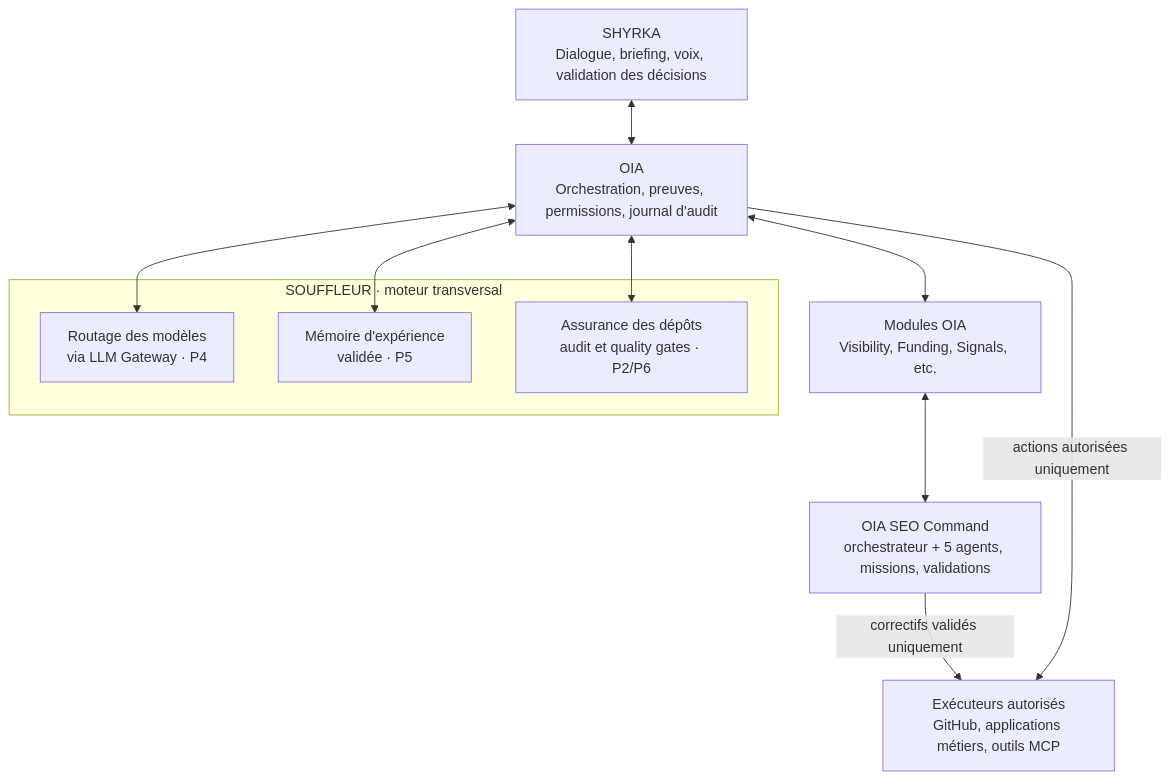
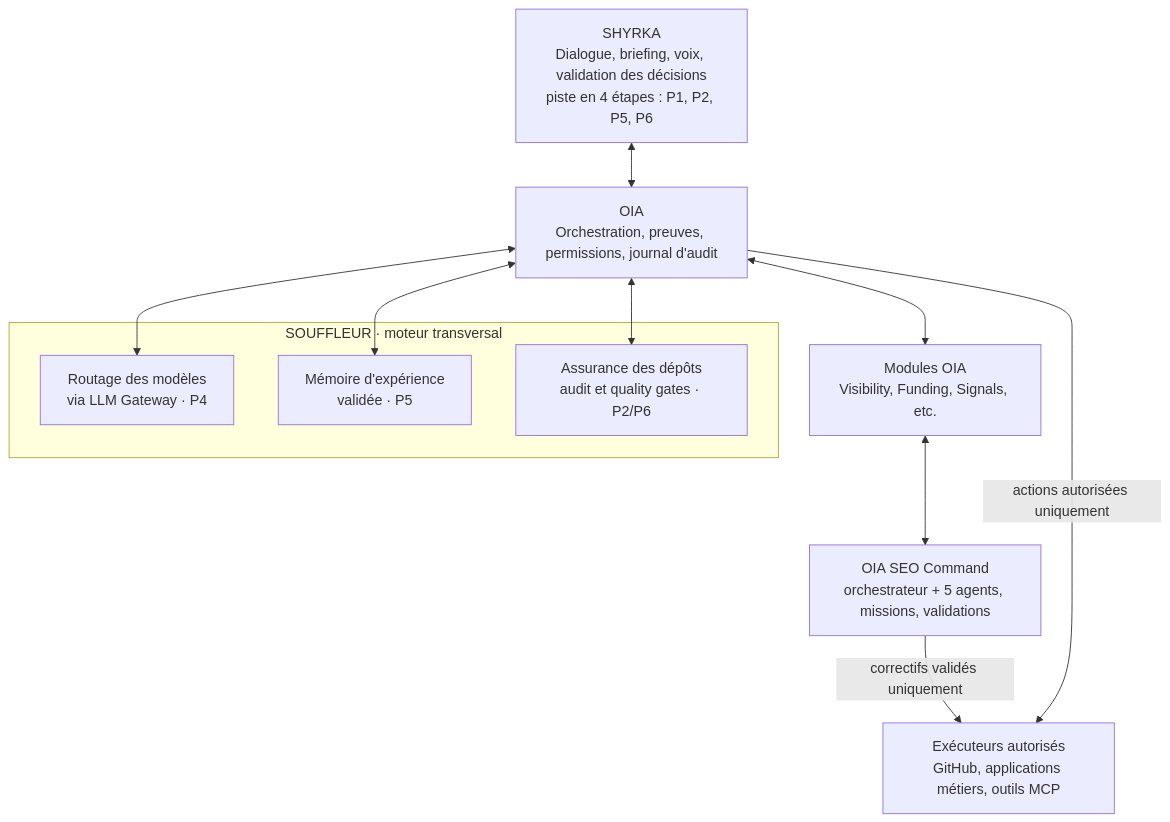
One commit to OolalaDXB/OIA changed the first of 2 diagrams in docs/roadmap-oia-shyrka-souffleur.md. Above: the diagram before and after it, drawn with Mermaid. The commit also changed other lines of this file and 2 other files, not shown here.

First line of the commit message:
roadmap 3.6 : piste Shyrka en quatre étapes, P7 et P8 retirés comme phases

````diff
--- a/docs/roadmap-oia-shyrka-souffleur.md
+++ b/docs/roadmap-oia-shyrka-souffleur.md
@@ -45,21 +46,21 @@
 ```mermaid
 flowchart TB
-    S["SHYRKA<br/>Dialogue, briefing, voix, validation des décisions"]
+    S["SHYRKA<br/>Dialogue, briefing, voix, validation des décisions<br/>piste en 4 étapes : P1, P2, P5, P6"]
     O["OIA<br/>Orchestration, preuves, permissions, journal d'audit"]
     subgraph SOC["SOUFFLEUR · moteur transversal"]
         R["Routage des modèles<br/>via LLM Gateway · P4"]
         M["Mémoire d'expérience<br/>validée · P5"]
         A["Assurance des dépôts<br/>audit et quality gates · P2/P6"]
     end
     V["Modules OIA<br/>Visibility, Funding, Signals, etc."]
     C["OIA SEO Command<br/>orchestrateur + 5 agents, missions, validations"]
     X["Exécuteurs autorisés<br/>GitHub, applications métiers, outils MCP"]
     S <--> O
     O <--> R
     O <--> M
     O <--> A
     O <--> V
     V <--> C
     C -->|correctifs validés uniquement| X
     O -->|actions autorisées uniquement| X
 ```
````
